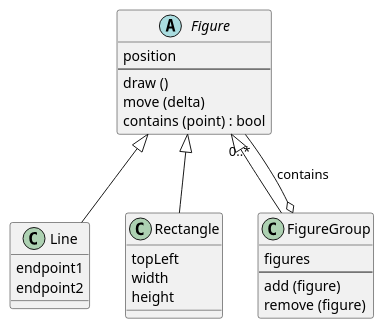
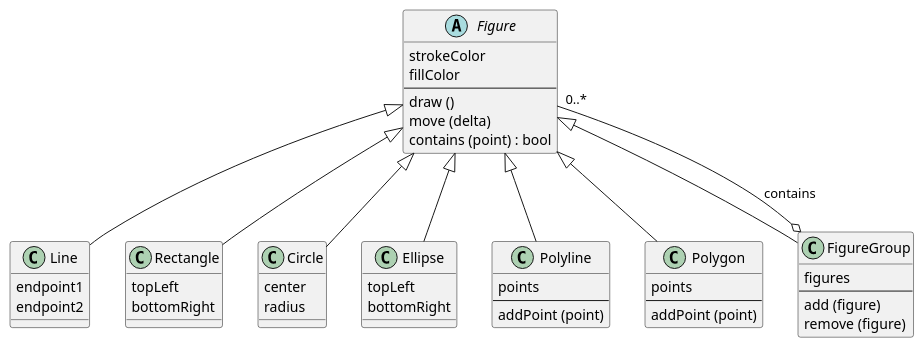
The first of 2 diagrams in docs/domain.md (cpcp-lab/sdd-figure-editor), drawn with PlantUML before and after one commit. The commit also changed 24 other files, not shown here.

````diff
--- a/docs/domain.md
+++ b/docs/domain.md
@@ -8,36 +8,62 @@
 ```plantuml
 @startuml domain-figures
 
 abstract class Figure {
-    position
+    strokeColor
+    fillColor
     --
     draw ()
     move (delta)
     contains (point) : bool
 }
 
 class Line {
     endpoint1
     endpoint2
 }
 
 class Rectangle {
     topLeft
-    width
-    height
+    bottomRight
+}
+
+class Circle {
+    center
+    radius
+}
+
+class Ellipse {
+    topLeft
+    bottomRight
+}
+
+class Polyline {
+    points
+    --
+    addPoint (point)
+}
+
+class Polygon {
+    points
+    --
+    addPoint (point)
 }
 
 class FigureGroup {
     figures
     --
     add (figure)
     remove (figure)
 }
 
 Figure <|-- Line
 Figure <|-- Rectangle
+Figure <|-- Circle
+Figure <|-- Ellipse
+Figure <|-- Polyline
+Figure <|-- Polygon
 Figure <|-- FigureGroup
 FigureGroup o-- "0..*" Figure : contains
 
 @enduml
 ```
````
